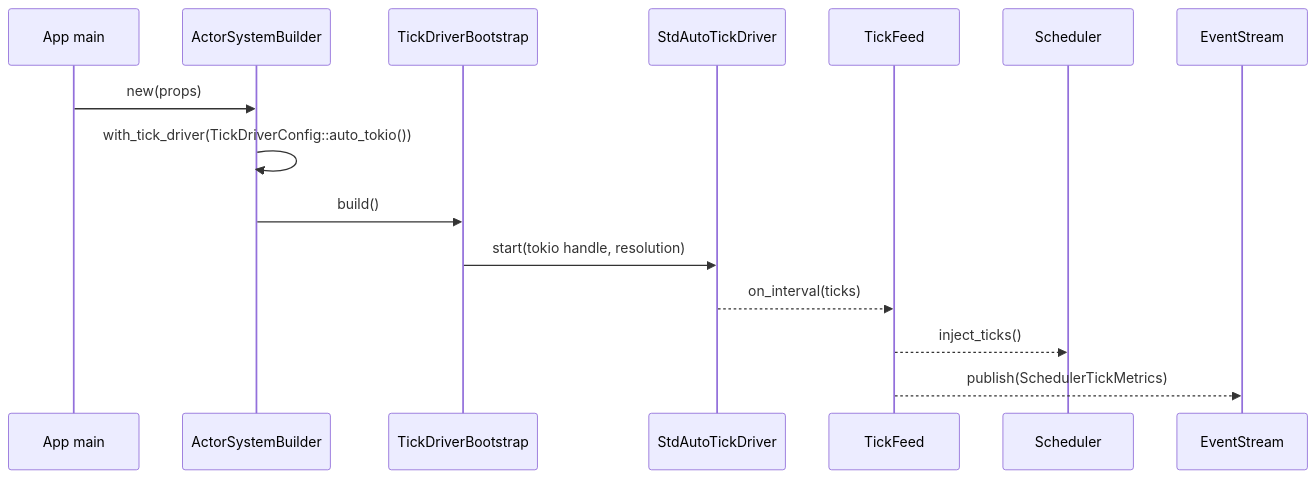
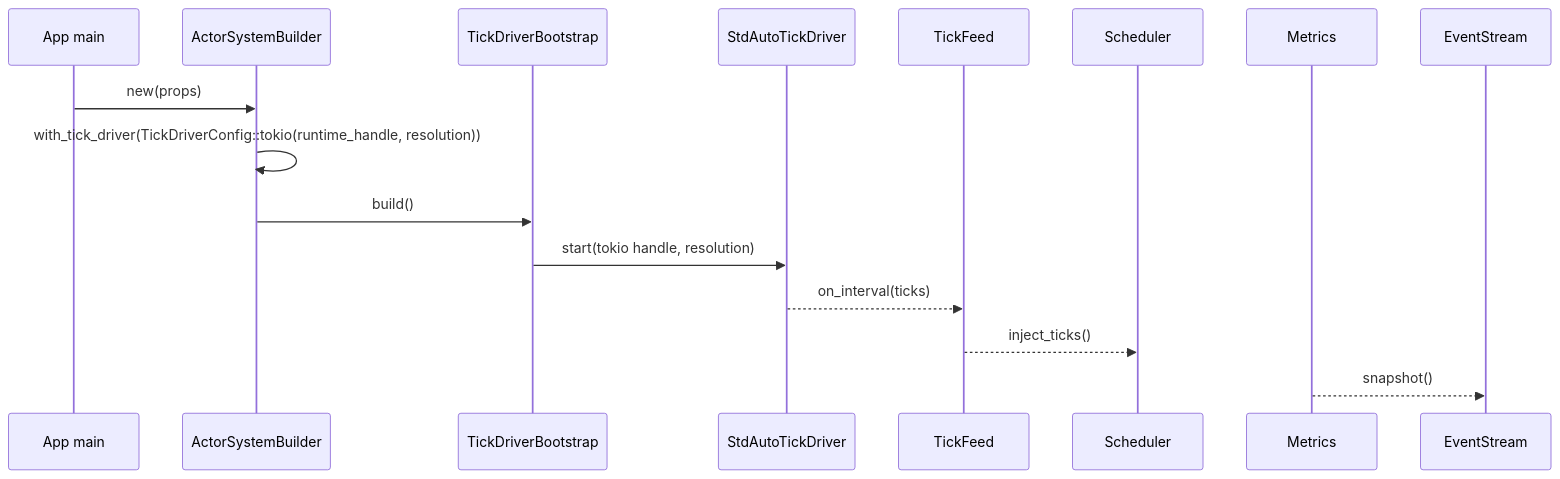
The second of 4 diagrams in .kiro/specs/scheduler-tick-driver-integration/design.md (j5ik2o/fraktor-rs), drawn with Mermaid before and after one commit. The commit also changed other lines of this file, not shown here.

Commit message:
feat: refactor TickDriver architecture and update metrics handling

````diff
--- a/.kiro/specs/scheduler-tick-driver-integration/design.md
+++ b/.kiro/specs/scheduler-tick-driver-integration/design.md
@@ -90,16 +88,16 @@
 ```mermaid
 sequenceDiagram
   participant App as App main
   participant Builder as ActorSystemBuilder
   participant Bootstrap as TickDriverBootstrap
   participant Driver as StdAutoTickDriver
   participant Feed as TickFeed
   participant Scheduler as Scheduler
   App->>Builder: new(props)
-  Builder->>Builder: with_tick_driver(TickDriverConfig::auto_tokio())
+  Builder->>Builder: with_tick_driver(TickDriverConfig::tokio(runtime_handle, resolution))
   Builder->>Bootstrap: build()
   Bootstrap->>Driver: start(tokio handle, resolution)
   Driver-->>Feed: on_interval(ticks)
   Feed-->>Scheduler: inject_ticks()
-  Feed-->>EventStream: publish(SchedulerTickMetrics)
+  Metrics-->>EventStream: snapshot()
 ```
````
